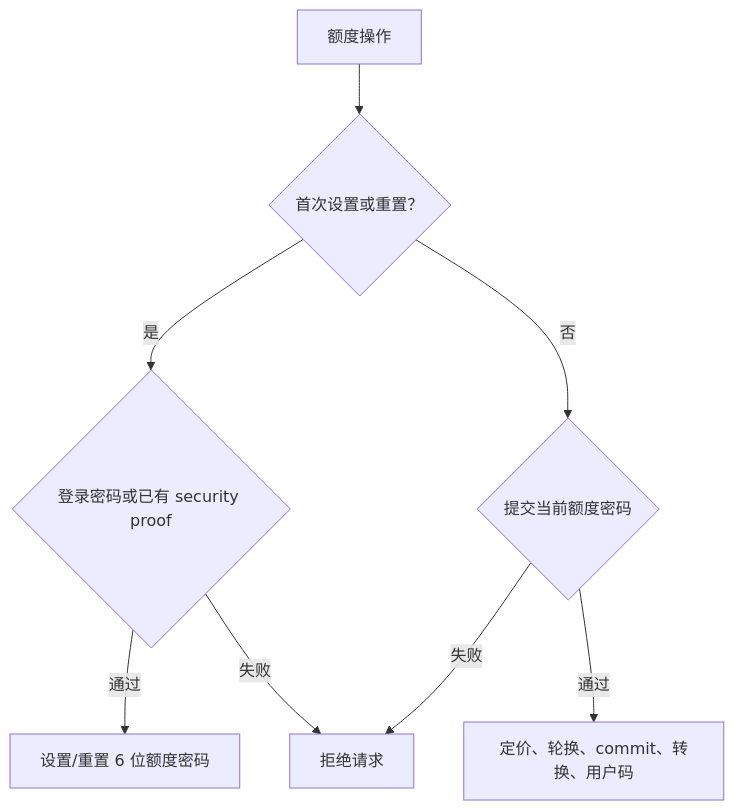
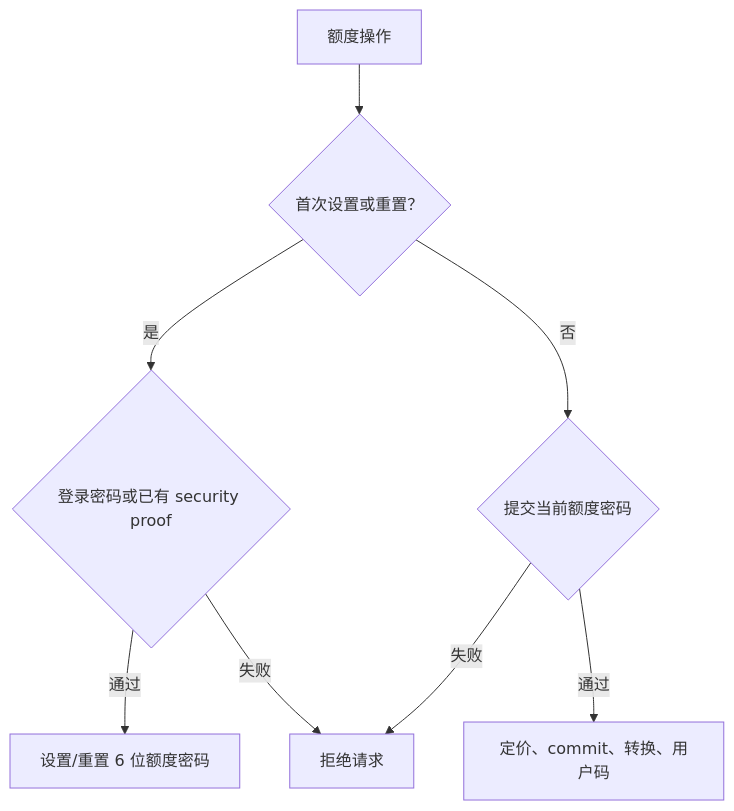
One commit to xiangzeng/new-api changed the fourth of 4 diagrams in docs/reseller/behavior-contract.md. Above: the diagram before and after it, drawn with Mermaid. The commit also changed other lines of this file and 15 other files, not shown here.

````diff
--- a/docs/reseller/behavior-contract.md
+++ b/docs/reseller/behavior-contract.md
@@ -210,10 +222,10 @@
 ```mermaid
 flowchart TD
   Start["额度操作"] --> Bootstrap{"首次设置或重置？"}
   Bootstrap -->|是| Identity{"登录密码或已有 security proof"}
   Identity -->|通过| Set["设置/重置 6 位额度密码"]
   Identity -->|失败| Reject["拒绝请求"]
   Bootstrap -->|否| Quota{"提交当前额度密码"}
-  Quota -->|通过| Execute["定价、轮换、commit、转换、用户码"]
+  Quota -->|通过| Execute["定价、commit、转换、用户码"]
   Quota -->|失败| Reject
 ```
````
